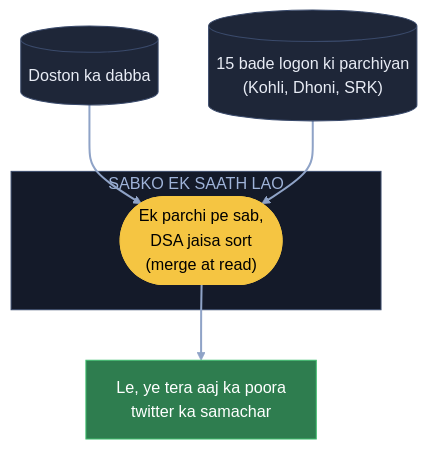
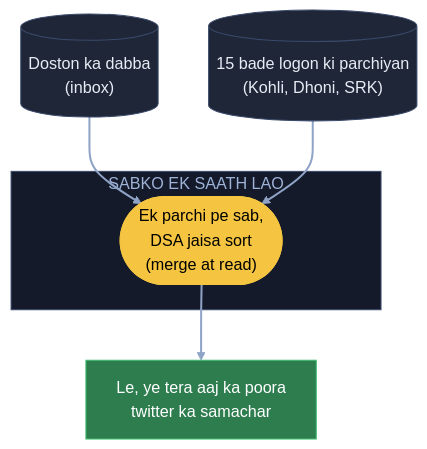
One commit to ArpanMaheshwari144/Prep changed the third of 21 diagrams in 04_HLD/SYSTEM_DESIGNS/03_twitter_feed/03_twitter_feed.md. Above: the diagram before and after it, drawn with Mermaid. The commit also changed other lines of this file and 22 other files, not shown here.

Commit message:
Diagram: sirf kahani ke dohraaye shabd pe bracket, us jagah notes wala matlab (207 label)

````diff
--- a/04_HLD/SYSTEM_DESIGNS/03_twitter_feed/03_twitter_feed.md
+++ b/04_HLD/SYSTEM_DESIGNS/03_twitter_feed/03_twitter_feed.md
@@ -158,18 +158,18 @@
 ```mermaid
 flowchart TB
-    IN[("Doston ka dabba")]:::card
+    IN[("Doston ka dabba<br/>(inbox)")]:::card
     P[("15 bade logon ki parchiyan<br/>(Kohli, Dhoni, SRK)")]:::card
     subgraph EK["SABKO EK SAATH LAO"]
         M(["Ek parchi pe sab,<br/>DSA jaisa sort<br/>(merge at read)"]):::pill
     end
     R["Le, ye tera aaj ka poora<br/>twitter ka samachar"]:::good
     IN --> M
     P --> M
     M --> R
     linkStyle default stroke:#8fa3c7,stroke-width:2px
     classDef card fill:#1e2638,stroke:#3a4a6b,color:#e8ecf5
     classDef pill fill:#f5c542,stroke:#f5c542,color:#000
     classDef good fill:#2e7d4f,stroke:#3fbf6f,color:#fff
     classDef bad fill:#5c1f24,stroke:#e05561,color:#fff
     style EK fill:#141a29,stroke:#3a4a6b,color:#9fb3d9
 ```
````
